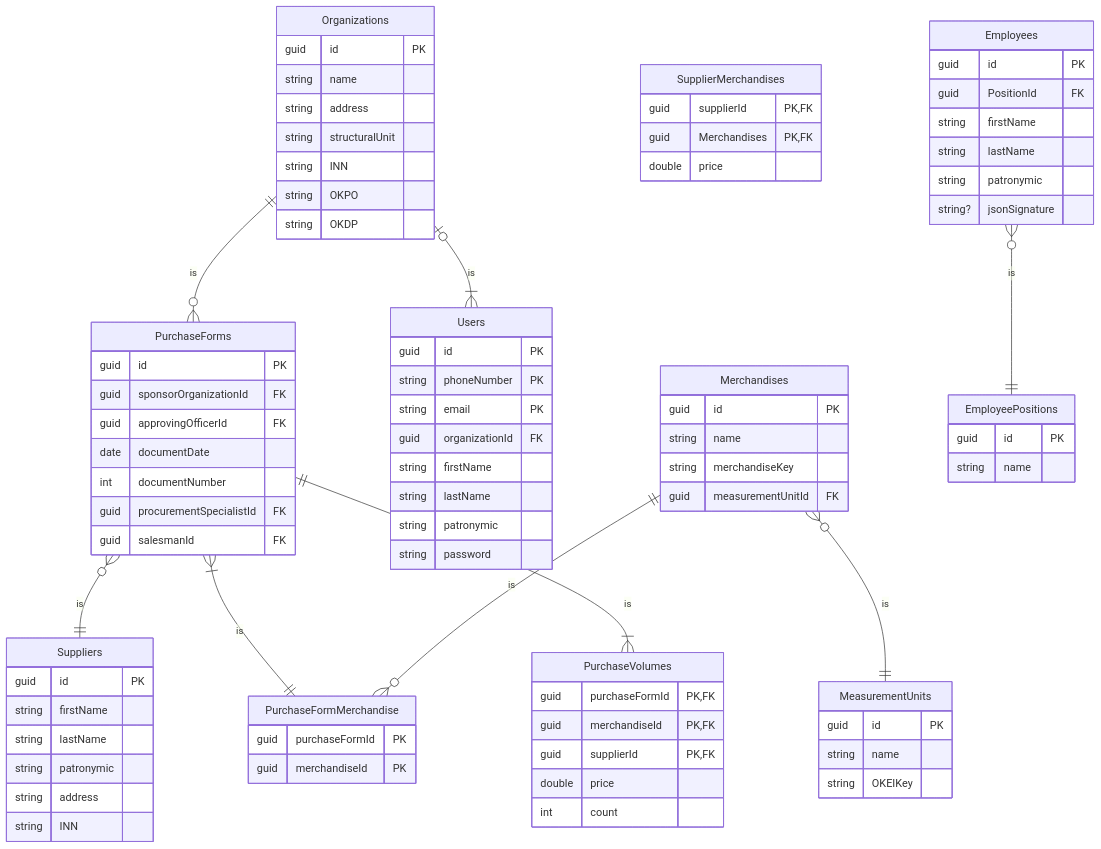
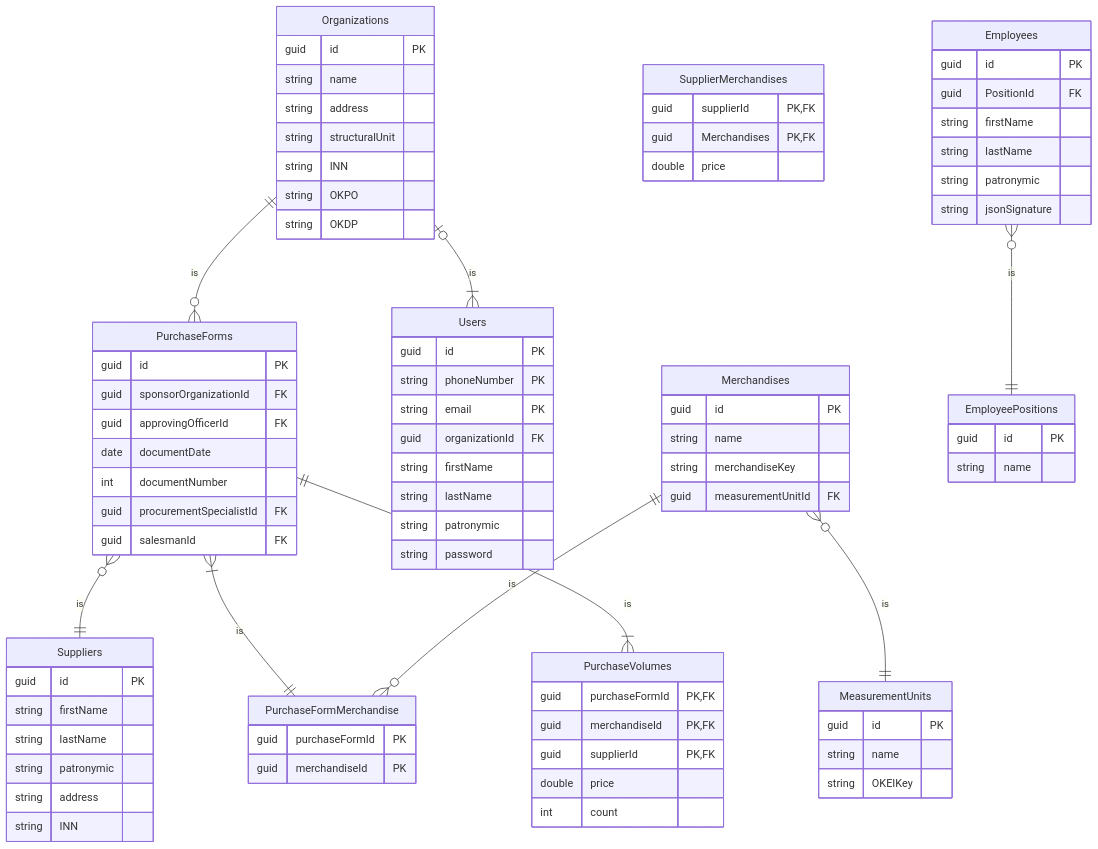
One commit to Pipotka/AutomationOfThePurchasingActOfRestaurant changed the diagram in README.md. Above: the diagram before and after it, drawn with Mermaid. The commit also changed other lines of this file, not shown here.

Commit message:
Исправил ошибку в README

```diff
--- a/README.md
+++ b/README.md
@@ -80,7 +80,7 @@
         string firstName
         string lastName
         string patronymic
-        string? jsonSignature
+        string jsonSignature
     }
 
     EmployeePositions{
```
